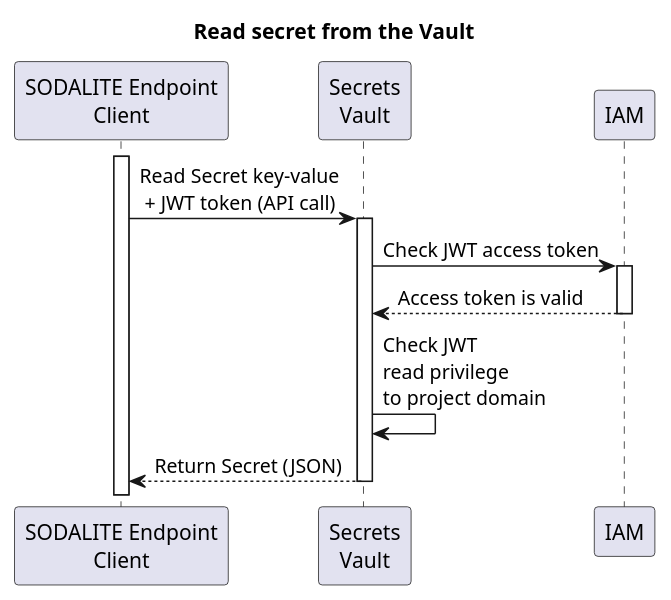
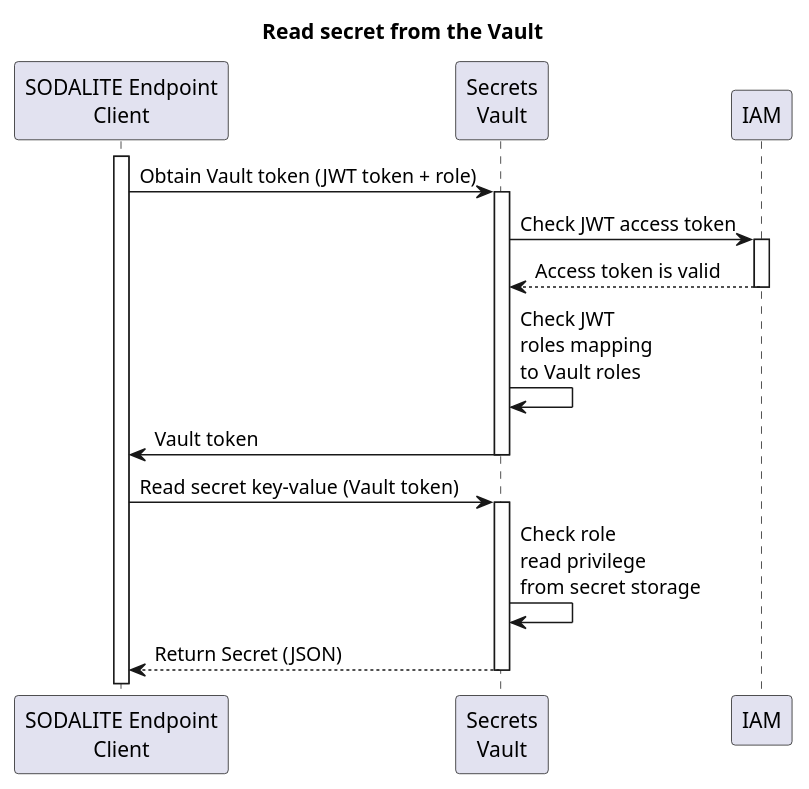
One commit to SODALITE-EU/project-wide-documentation changed the diagram in uml/sequence-diagrams/security/ReadSecret.puml. Above: the diagram before and after it, drawn with PlantUML. The commit also changed 8 other files, not shown here.

```diff
--- a/uml/sequence-diagrams/security/ReadSecret.puml
+++ b/uml/sequence-diagrams/security/ReadSecret.puml
@@ -1,23 +1,26 @@
 @startuml
 hide unlinked
 title Read secret from the Vault
 participant "SODALITE Endpoint\nClient" as client
 participant "Secrets\nVault" as secretstore
 participant "IAM" as IAM
 
 
 activate client
-client->secretstore: Read Secret key-value\n + JWT token (API call)
+client->secretstore: Obtain Vault token (JWT token + role)
 activate secretstore
 secretstore->IAM: Check JWT access token
 activate IAM
 IAM-->secretstore: Access token is valid
 deactivate IAM
-secretstore->secretstore: Check JWT\nread privilege\nto project domain
+secretstore->secretstore: Check JWT\nroles mapping\nto Vault roles
+secretstore->client: Vault token
+deactivate secretstore
+client->secretstore: Read secret key-value (Vault token)
+activate secretstore
+secretstore->secretstore: Check role\nread privilege\nfrom secret storage
 secretstore-->client: Return Secret (JSON)
 deactivate secretstore
 
 
-
-
 @enduml
```
